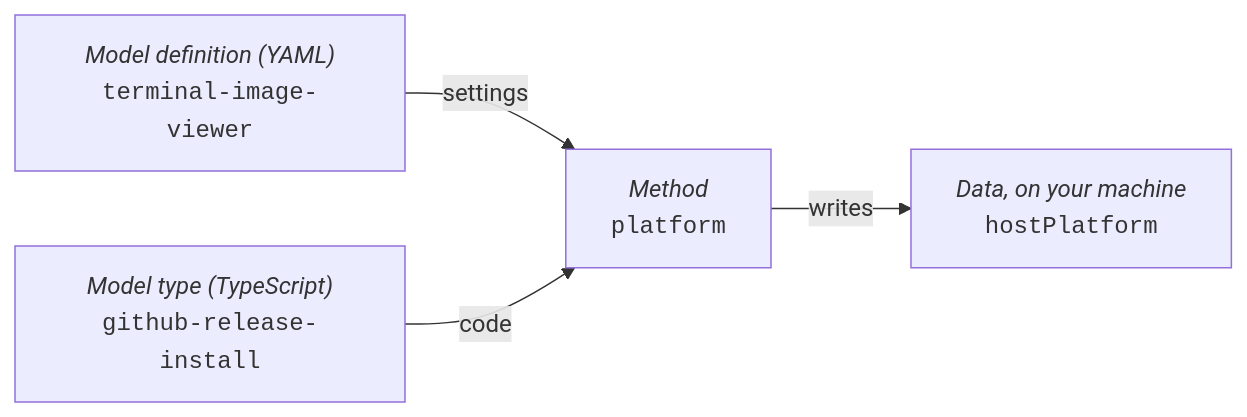
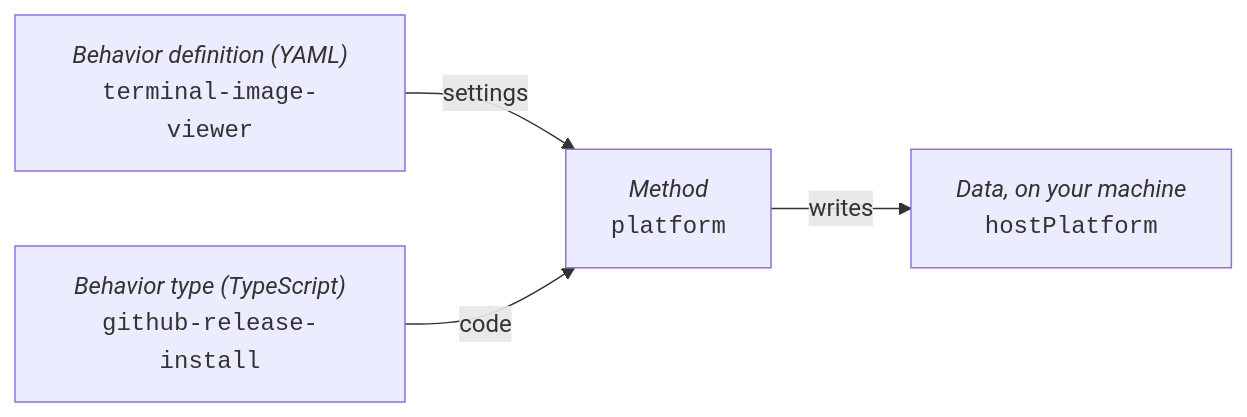
Before and after one commit to taylorific/swamp-training: the first of 6 diagrams in slides.md, drawn with Mermaid. The commit also changed other lines of this file, not shown here.

````diff
--- a/slides.md
+++ b/slides.md
@@ -1204,11 +1206,11 @@
 ```mermaid {scale: 0.5}
 flowchart LR
-    M["<i>Model definition (YAML)</i><br/><code>terminal-image-viewer</code>"]
-    T["<i>Model type (TypeScript)</i><br/><code>github-release-install</code>"]
+    M["<i>Behavior definition (YAML)</i><br/><code>terminal-image-viewer</code>"]
+    T["<i>Behavior type (TypeScript)</i><br/><code>github-release-install</code>"]
     R["<i>Method</i><br/><code>platform</code>"]
     D["<i>Data, on your machine</i><br/><code>hostPlatform</code>"]
 
     M -->|"settings"| R
     T -->|"code"| R
     R -->|"writes"| D
 ```
````
